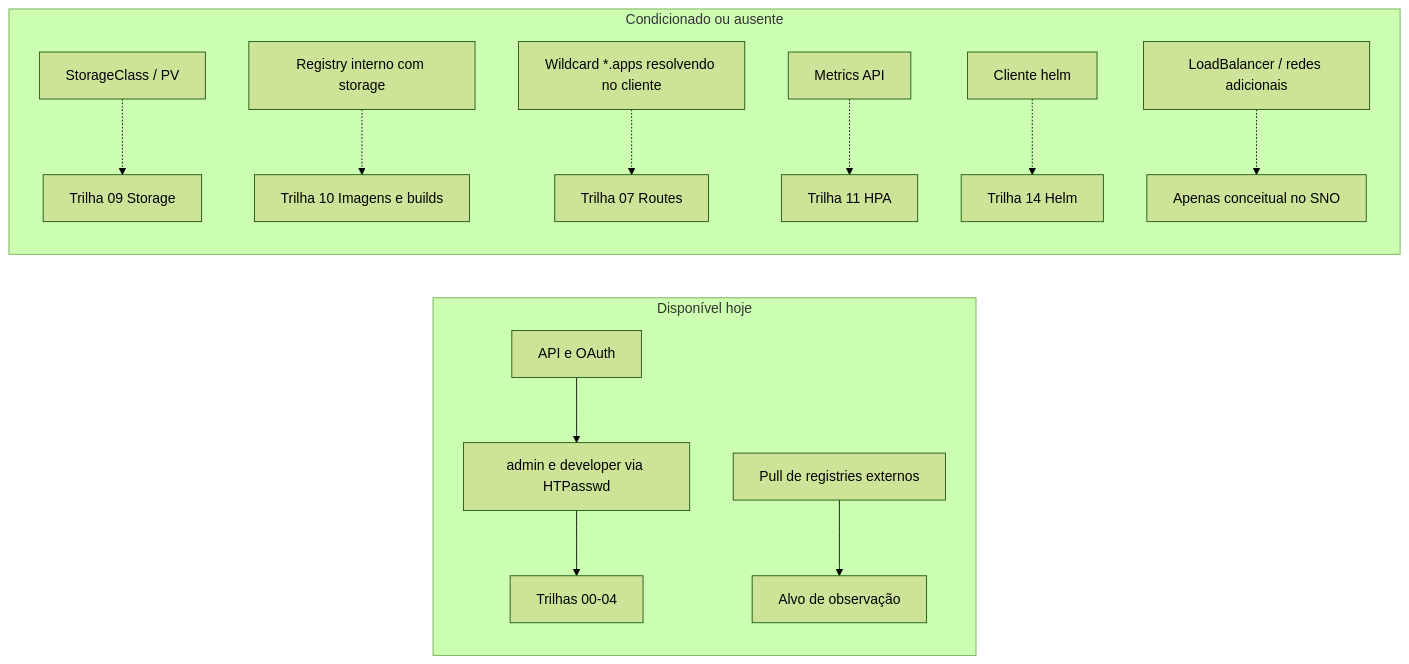
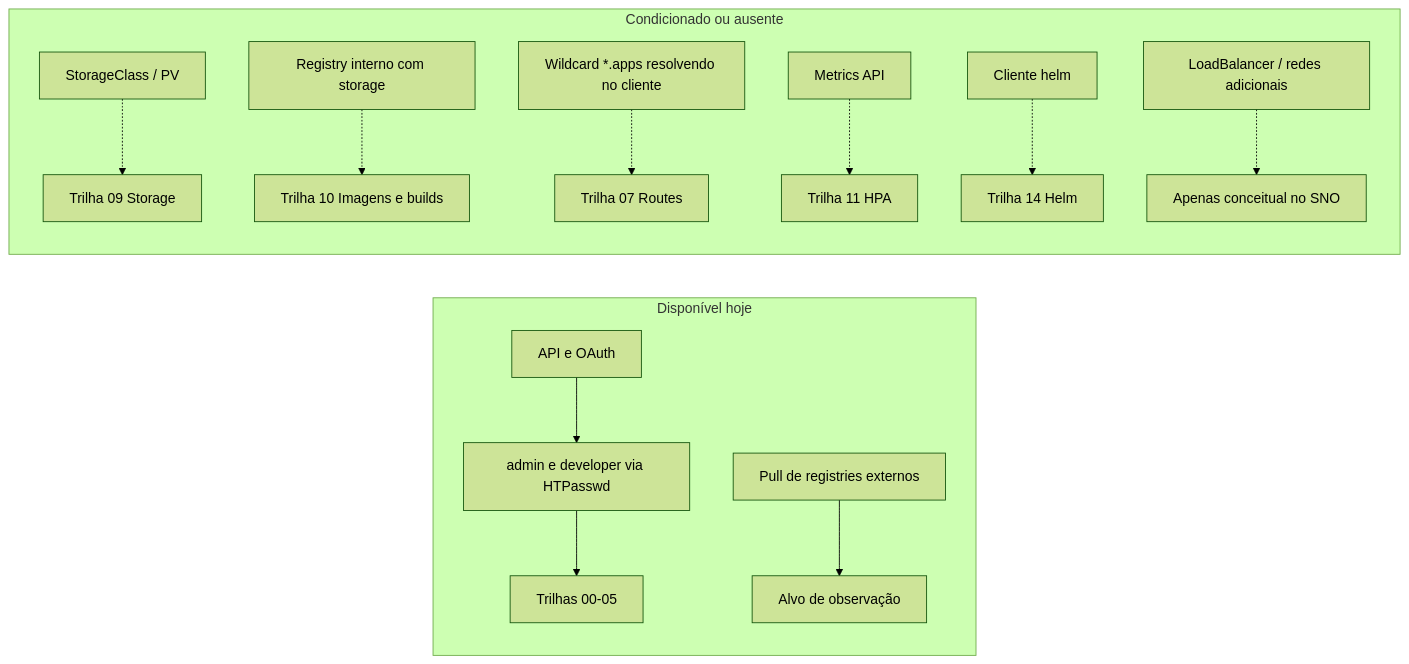
Before and after one commit to eduardoandradej/academia-comandos-openshift: the diagram in catalogo/matriz-competencias.md, drawn with Mermaid (forest theme). The commit also changed other lines of this file and 60 other files, not shown here.

````diff
--- a/catalogo/matriz-competencias.md
+++ b/catalogo/matriz-competencias.md
@@ -49,16 +50,16 @@
 ```mermaid
 flowchart LR
   subgraph disponivel[Disponível hoje]
     API[API e OAuth] --> ID[admin e developer via HTPasswd]
-    ID --> T00[Trilhas 00-04]
+    ID --> T00[Trilhas 00-05]
     IMG[Pull de registries externos] --> T02[Alvo de observação]
   end
   subgraph condicionado[Condicionado ou ausente]
     SC[StorageClass / PV] -.-> T09[Trilha 09 Storage]
     REG[Registry interno com storage] -.-> T10[Trilha 10 Imagens e builds]
     DNS[Wildcard *.apps resolvendo no cliente] -.-> T07[Trilha 07 Routes]
     MET[Metrics API] -.-> T11[Trilha 11 HPA]
     HELM[Cliente helm] -.-> T14[Trilha 14 Helm]
     LB[LoadBalancer / redes adicionais] -.-> X[Apenas conceitual no SNO]
   end
 ```
````
